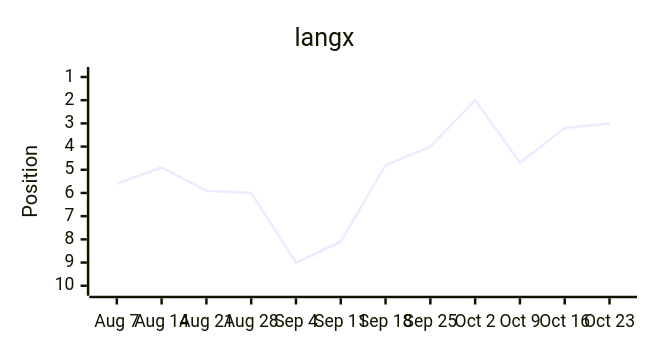
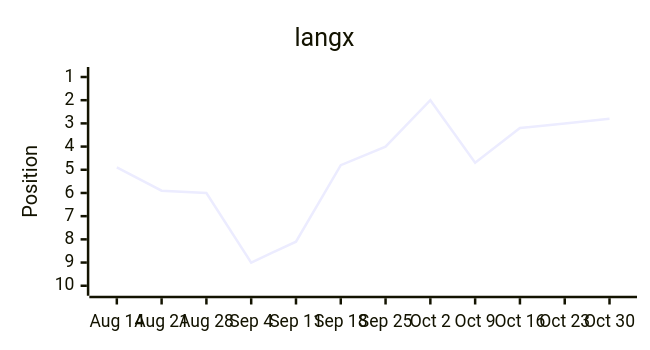
One commit to langx/website changed the ninth of 13 diagrams in latest.md. Above: the diagram before and after it, drawn with Mermaid. The commit also changed other lines of this file and 2 other files, not shown here.

````diff
--- a/latest.md
+++ b/latest.md
@@ -138,13 +138,13 @@
 ```mermaid
 ---
 config:
   xyChart:
     width: 500
     height: 260
 ---
 xychart-beta
   title "langx"
-  x-axis ["Aug 7", "Aug 14", "Aug 21", "Aug 28", "Sep 4", "Sep 11", "Sep 18", "Sep 25", "Oct 2", "Oct 9", "Oct 16", "Oct 23"]
+  x-axis ["Aug 14", "Aug 21", "Aug 28", "Sep 4", "Sep 11", "Sep 18", "Sep 25", "Oct 2", "Oct 9", "Oct 16", "Oct 23", "Oct 30"]
   y-axis "Position" 10 --> 1
-  line [5.6, 4.9, 5.9, 6, 9, 8.1, 4.8, 4, 2, 4.7, 3.2, 3]
+  line [4.9, 5.9, 6, 9, 8.1, 4.8, 4, 2, 4.7, 3.2, 3, 2.8]
 ```
````
